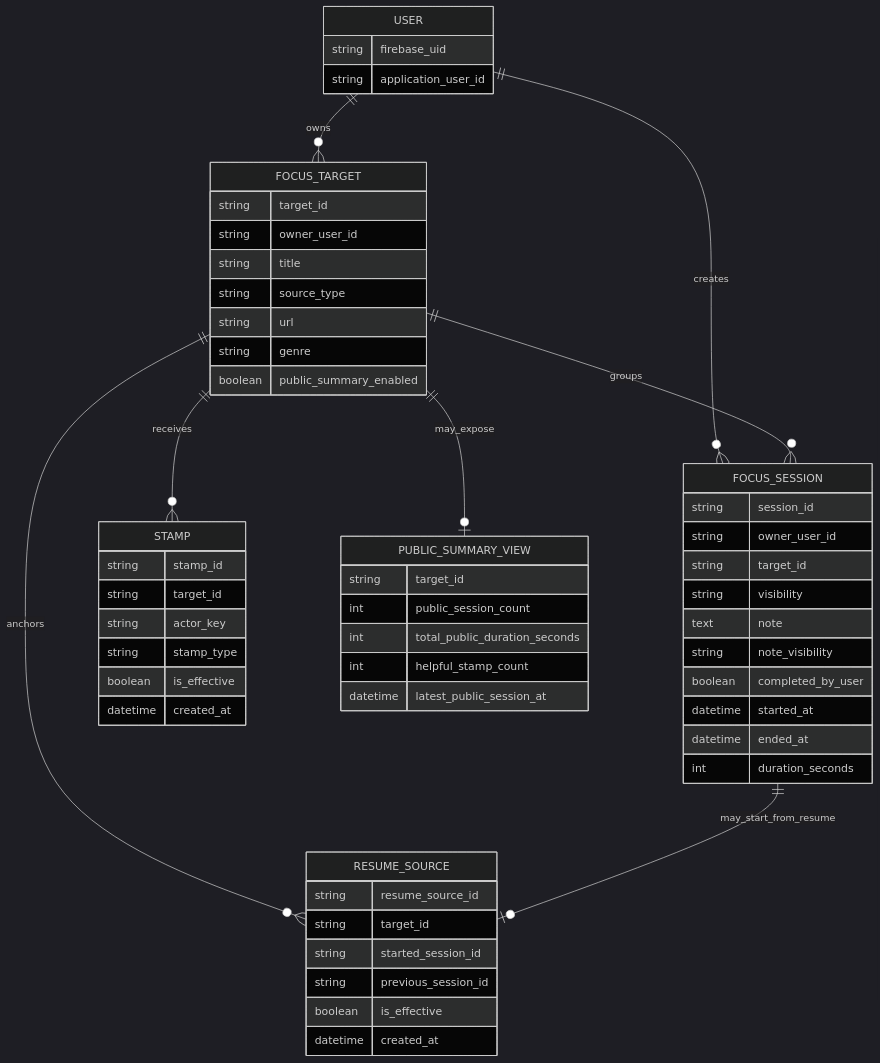
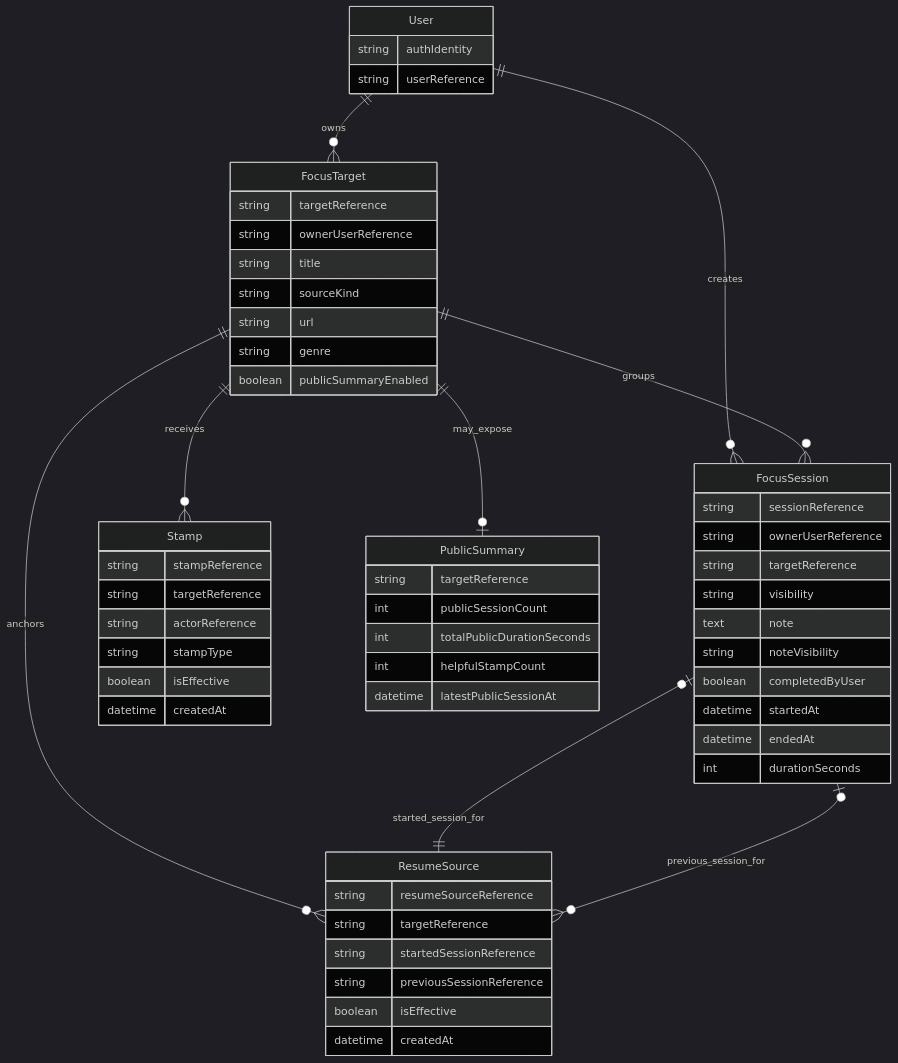
One commit to focusbuddy-dev/focusbuddy changed the diagram in docs/domain/mvp-logical-er-review.md. Above: the diagram before and after it, drawn with Mermaid (dark theme). The commit also changed other lines of this file, not shown here.

Commit message:
Fix logical ER review naming

````diff
--- a/docs/domain/mvp-logical-er-review.md
+++ b/docs/domain/mvp-logical-er-review.md
@@ -31,64 +33,65 @@
 ```mermaid
 erDiagram
-    USER ||--o{ FOCUS_TARGET : owns
-    USER ||--o{ FOCUS_SESSION : creates
-    FOCUS_TARGET ||--o{ FOCUS_SESSION : groups
-    FOCUS_TARGET ||--o{ STAMP : receives
-    FOCUS_TARGET ||--o| PUBLIC_SUMMARY_VIEW : may_expose
-    FOCUS_TARGET ||--o{ RESUME_SOURCE : anchors
-    FOCUS_SESSION ||--o| RESUME_SOURCE : may_start_from_resume
+    User ||--o{ FocusTarget : owns
+    User ||--o{ FocusSession : creates
+    FocusTarget ||--o{ FocusSession : groups
+    FocusTarget ||--o{ Stamp : receives
+    FocusTarget ||--o| PublicSummary : may_expose
+    FocusTarget ||--o{ ResumeSource : anchors
+    FocusSession o|--|| ResumeSource : started_session_for
+    FocusSession o|--o{ ResumeSource : previous_session_for
 
-    USER {
-        string firebase_uid
-        string application_user_id
+    User {
+        string authIdentity
+        string userReference
     }
 
-    FOCUS_TARGET {
-        string target_id
-        string owner_user_id
+    FocusTarget {
+        string targetReference
+        string ownerUserReference
         string title
-        string source_type
+        string sourceKind
         string url
         string genre
-        boolean public_summary_enabled
+        boolean publicSummaryEnabled
     }
 
-    FOCUS_SESSION {
-        string session_id
-        string owner_user_id
-        string target_id
+    FocusSession {
+        string sessionReference
+        string ownerUserReference
+        string targetReference
         string visibility
         text note
-        string note_visibility
-        boolean completed_by_user
-        datetime started_at
-        datetime ended_at
-        int duration_seconds
+        string noteVisibility
+        boolean completedByUser
+        datetime startedAt
+        datetime endedAt
+        int durationSeconds
     }
 
-    STAMP {
-        string stamp_id
-        string target_id
-        string actor_key
-        string stamp_type
-        boolean is_effective
-        datetime created_at
+    Stamp {
+        string stampReference
+        string targetReference
+        string actorReference
+        string stampType
+        boolean isEffective
+        datetime createdAt
     }
 
-    RESUME_SOURCE {
-        string resume_source_id
-        string target_id
-        string started_session_id
-        string previous_session_id
-        boolean is_effective
-        datetime created_at
+    ResumeSource {
+        string resumeSourceReference
+        string targetReference
+        string startedSessionReference
+        string previousSessionReference
+        boolean isEffective
+        datetime createdAt
     }
 
-    PUBLIC_SUMMARY_VIEW {
-        string target_id
-        int public_session_count
-        int total_public_duration_seconds
-        int helpful_stamp_count
-        datetime latest_public_session_at
+    PublicSummary {
+        string targetReference
+        int publicSessionCount
+        int totalPublicDurationSeconds
+        int helpfulStampCount
+        datetime latestPublicSessionAt
     }
 ```
````
